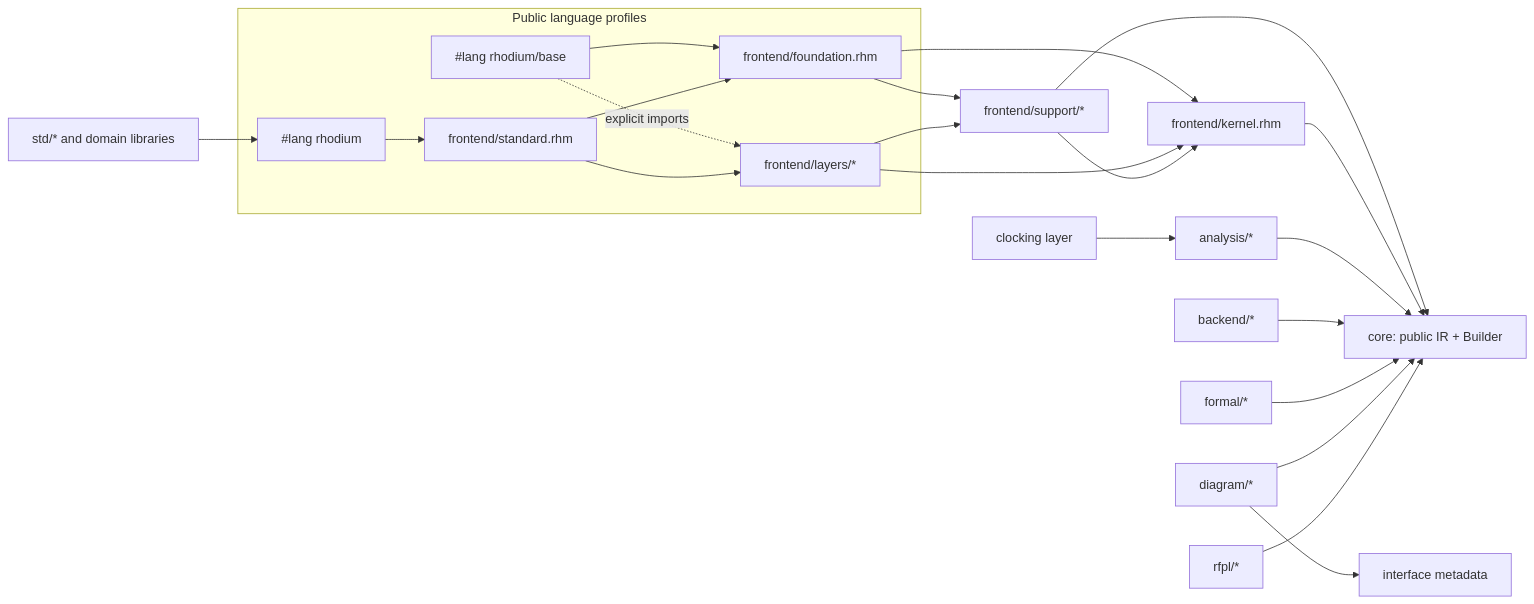
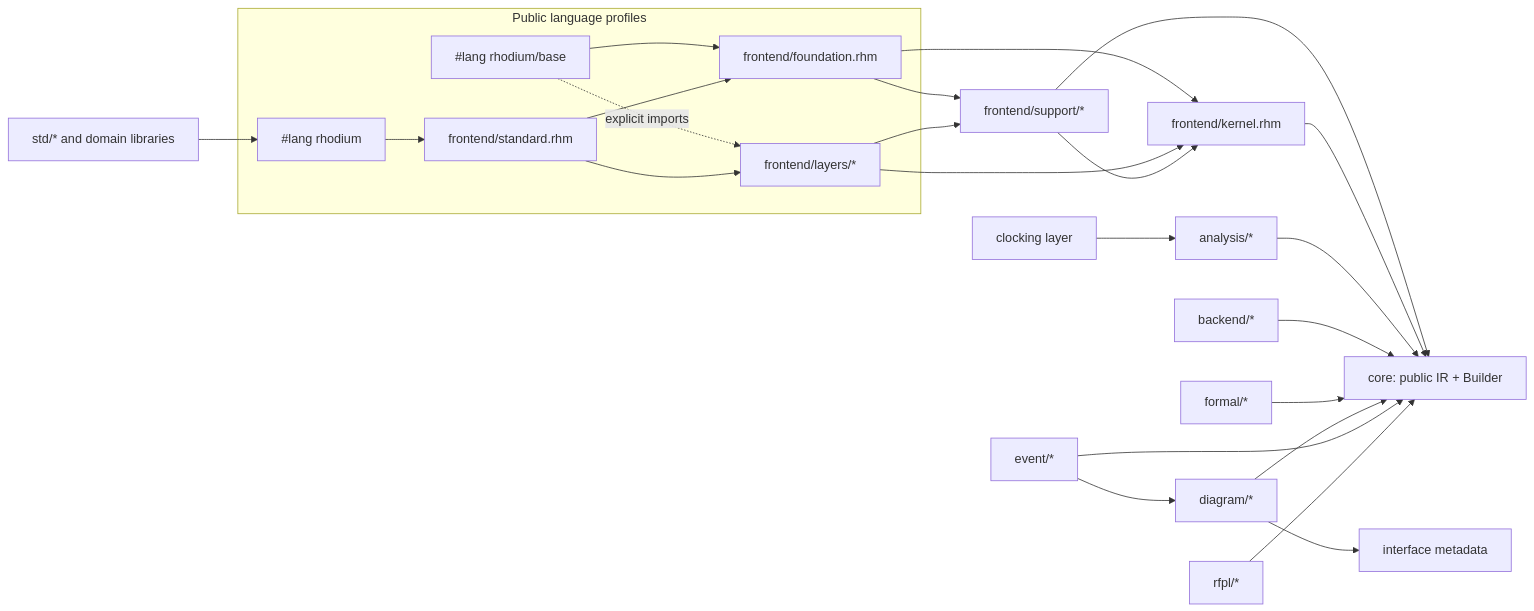
Before and after one commit to jerryz123/rhodium: the diagram in rhodium/DEVELOPING.md, drawn with Mermaid. The commit also changed other lines of this file and 34 other files, not shown here.

Commit message:
event graph init

````diff
--- a/rhodium/DEVELOPING.md
+++ b/rhodium/DEVELOPING.md
@@ -19,29 +19,31 @@
 ```mermaid
 flowchart LR
   subgraph Profiles[Public language profiles]
     Rhodium["#lang rhodium"] --> Standard["frontend/standard.rhm"]
     Base["#lang rhodium/base"] --> Foundation["frontend/foundation.rhm"]
     Base -.->|explicit imports| Layers["frontend/layers/*"]
     Standard --> Foundation
     Standard --> Layers
   end
 
   Foundation --> Support["frontend/support/*"]
   Foundation --> Kernel["frontend/kernel.rhm"]
   Layers --> Support
   Layers --> Kernel
   Support --> Kernel
   Support --> Core["core: public IR + Builder"]
   Kernel --> Core
 
   Clocking["clocking layer"] --> Analysis["analysis/*"]
   Analysis --> Core
 
   Backend["backend/*"] --> Core
   Formal["formal/*"] --> Core
   Diagram["diagram/*"] --> Core
   Diagram --> InterfaceMeta["interface metadata"]
+  EventGraph["event/*"] --> Diagram
+  EventGraph --> Core
 
   RFPL["rfpl/*"] --> Core
   Libraries["std/* and domain libraries"] --> Rhodium
 ```
````
